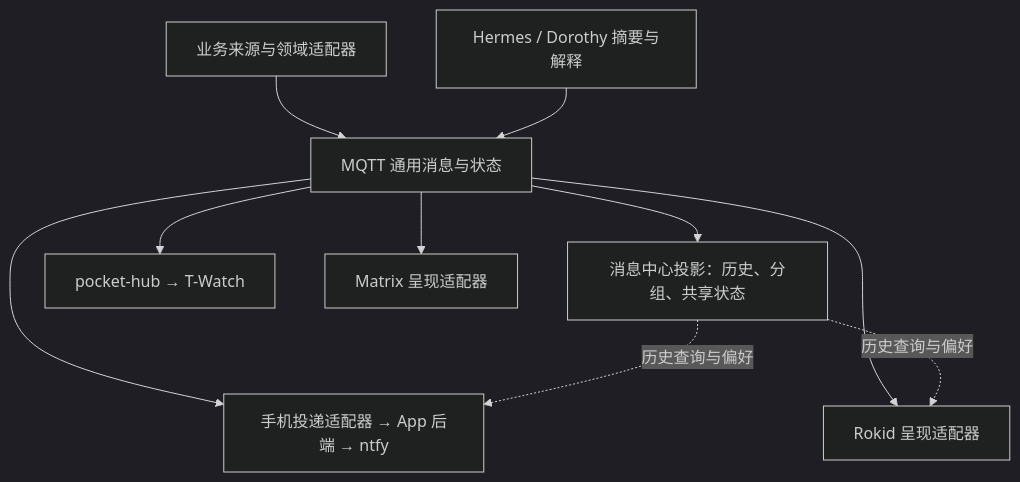
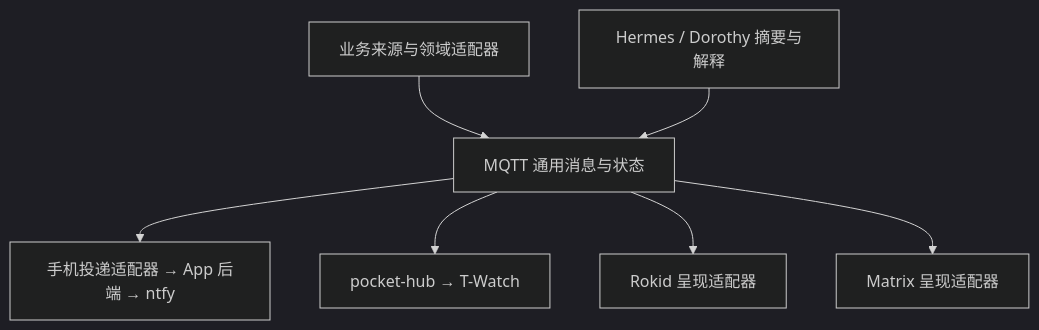
One commit to clown139880/agent-bridge changed the diagram in docs/personal-message-center.zh.md. Above: the diagram before and after it, drawn with Mermaid (dark theme). The commit also changed other lines of this file and 2 other files, not shown here.

````diff
--- a/docs/personal-message-center.zh.md
+++ b/docs/personal-message-center.zh.md
@@ -45,12 +51,9 @@
 ```mermaid
 flowchart TD
     S[业务来源与领域适配器] --> B[MQTT 通用消息与状态]
     H[Hermes / Dorothy 摘要与解释] --> B
-    B --> C[消息中心投影：历史、分组、共享状态]
     B --> A[手机投递适配器 → App 后端 → ntfy]
     B --> P[pocket-hub → T-Watch]
     B --> R[Rokid 呈现适配器]
     B --> M[Matrix 呈现适配器]
-    C -.历史查询与偏好.-> A
-    C -.历史查询与偏好.-> R
 ```
````
